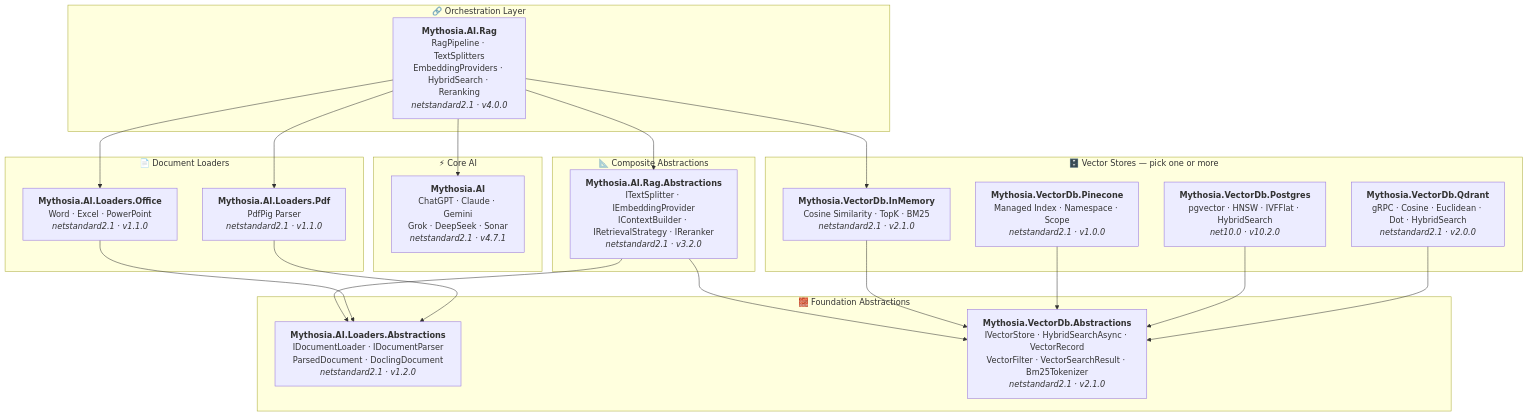
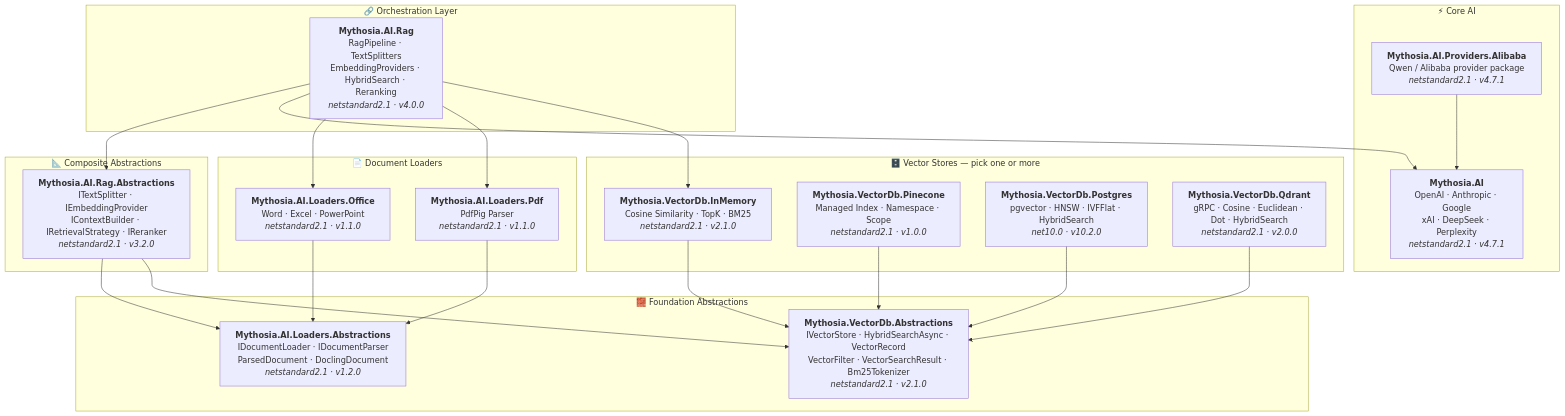
One commit to AJ-comp/Mythosia.AI changed the diagram in README.md. Above: the diagram before and after it, drawn with Mermaid. The commit also changed other lines of this file and 195 other files, not shown here.

````diff
--- a/README.md
+++ b/README.md
@@ -56,52 +58,56 @@
 ```mermaid
 graph TD
     subgraph "🔗 Orchestration Layer"
         Rag["<b>Mythosia.AI.Rag</b><br/>RagPipeline · TextSplitters<br/>EmbeddingProviders · HybridSearch · Reranking<br/><i>netstandard2.1 · v4.0.0</i>"]
     end
 
     subgraph "📐 Composite Abstractions"
         RagAbs["<b>Mythosia.AI.Rag.Abstractions</b><br/>ITextSplitter · IEmbeddingProvider<br/>IContextBuilder · IRetrievalStrategy · IReranker<br/><i>netstandard2.1 · v3.2.0</i>"]
     end
 
     subgraph "⚡ Core AI"
-        AI["<b>Mythosia.AI</b><br/>ChatGPT · Claude · Gemini<br/>Grok · DeepSeek · Sonar<br/><i>netstandard2.1 · v4.7.1</i>"]
+        AI["<b>Mythosia.AI</b><br/>OpenAI · Anthropic · Google<br/>xAI · DeepSeek · Perplexity<br/><i>netstandard2.1 · v4.7.1</i>"]
+        Alibaba["<b>Mythosia.AI.Providers.Alibaba</b><br/>Qwen / Alibaba provider package<br/><i>netstandard2.1 · v4.7.1</i>"]
     end
 
     subgraph "📄 Document Loaders"
         Office["<b>Mythosia.AI.Loaders.Office</b><br/>Word · Excel · PowerPoint<br/><i>netstandard2.1 · v1.1.0</i>"]
         Pdf["<b>Mythosia.AI.Loaders.Pdf</b><br/>PdfPig Parser<br/><i>netstandard2.1 · v1.1.0</i>"]
     end
 
     subgraph "🗄️ Vector Stores — pick one or more"
         InMem["<b>Mythosia.VectorDb.InMemory</b><br/>Cosine Similarity · TopK · BM25<br/><i>netstandard2.1 · v2.1.0</i>"]
         Pine["<b>Mythosia.VectorDb.Pinecone</b><br/>Managed Index · Namespace · Scope<br/><i>netstandard2.1 · v1.0.0</i>"]
         Pg["<b>Mythosia.VectorDb.Postgres</b><br/>pgvector · HNSW · IVFFlat · HybridSearch<br/><i>net10.0 · v10.2.0</i>"]
         Qd["<b>Mythosia.VectorDb.Qdrant</b><br/>gRPC · Cosine · Euclidean · Dot · HybridSearch<br/><i>netstandard2.1 · v2.0.0</i>"]
     end
 
     subgraph "🧱 Foundation Abstractions"
         LoaderAbs["<b>Mythosia.AI.Loaders.Abstractions</b><br/>IDocumentLoader · IDocumentParser<br/>ParsedDocument · DoclingDocument<br/><i>netstandard2.1 · v1.2.0</i>"]
         VdbAbs["<b>Mythosia.VectorDb.Abstractions</b><br/>IVectorStore · HybridSearchAsync · VectorRecord<br/>VectorFilter · VectorSearchResult · Bm25Tokenizer<br/><i>netstandard2.1 · v2.1.0</i>"]
     end
 
     %% Orchestration → dependencies
     Rag --> RagAbs
     Rag --> AI
     Rag --> Office
     Rag --> Pdf
     Rag --> InMem
 
+    %% Provider packages → core
+    Alibaba --> AI
+
     %% Composite → Foundation
     RagAbs --> LoaderAbs
     RagAbs --> VdbAbs
 
     %% Loaders → Foundation
     Office --> LoaderAbs
     Pdf --> LoaderAbs
 
     %% VectorStores → Foundation
     InMem --> VdbAbs
     Pine --> VdbAbs
     Pg --> VdbAbs
     Qd --> VdbAbs
 ```
````
